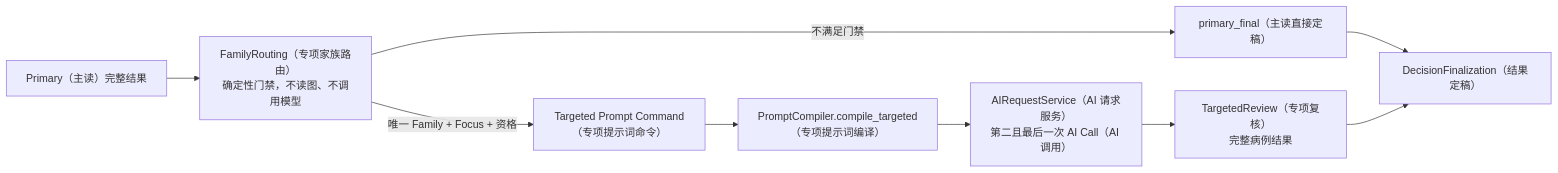
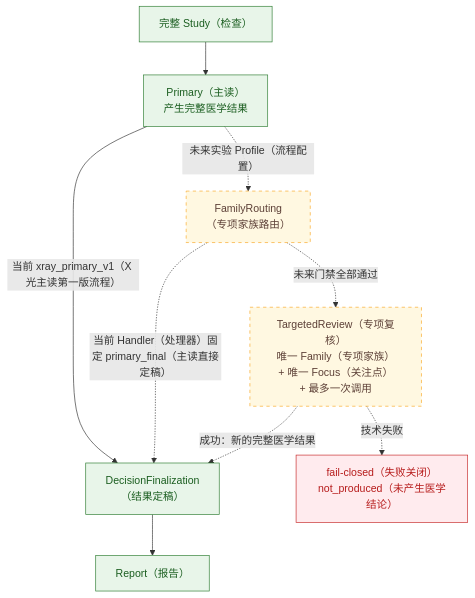
One commit to zhichengmo/ms-image changed the fifth of 6 diagrams in docs/refactor/14-xray-specialty-design.md. Above: the diagram before and after it, drawn with Mermaid. The commit also changed other lines of this file and 15 other files, not shown here.

Commit message:
docs(xray): finalize runtime and medical optimization roadmap

````diff
--- a/docs/refactor/14-xray-specialty-design.md
+++ b/docs/refactor/14-xray-specialty-design.md
@@ -822,15 +415,24 @@
 ```mermaid
-flowchart LR
-    PRI["Primary（主读）完整结果"]
-    ROUTE["FamilyRouting（专项家族路由）<br/>确定性门禁，不读图、不调用模型"]
-    PF["primary_final（主读直接定稿）"]
-    TC["Targeted Prompt Command（专项提示词命令）"]
-    CC["PromptCompiler.compile_targeted（专项提示词编译）"]
-    CALL["AIRequestService（AI 请求服务）<br/>第二且最后一次 AI Call（AI 调用）"]
-    TR["TargetedReview（专项复核）<br/>完整病例结果"]
-    FIN["DecisionFinalization（结果定稿）"]
+flowchart TD
+    study["完整 Study（检查）"]
+    primary["Primary（主读）<br/>产生完整医学结果"]
+    finalization["DecisionFinalization<br/>（结果定稿）"]
+    report["Report（报告）"]
+    routing["FamilyRouting<br/>（专项家族路由）"]
+    targeted["TargetedReview（专项复核）<br/>唯一 Family（专项家族）<br/>+ 唯一 Focus（关注点）<br/>+ 最多一次调用"]
+    failed["fail-closed（失败关闭）<br/>not_produced（未产生医学结论）"]
 
-    PRI --> ROUTE
-    ROUTE -->|"不满足门禁"| PF --> FIN
-    ROUTE -->|"唯一 Family + Focus + 资格"| TC --> CC --> CALL --> TR --> FIN
+    study --> primary -->|当前 xray_primary_v1（X 光主读第一版流程）| finalization --> report
+    primary -. "未来实验 Profile（流程配置）" .-> routing
+    routing -. "当前 Handler（处理器）固定 primary_final（主读直接定稿）" .-> finalization
+    routing -. "未来门禁全部通过" .-> targeted
+    targeted -. "成功：新的完整医学结果" .-> finalization
+    targeted -. "技术失败" .-> failed
+
+    classDef currentState fill:#e8f5e9,stroke:#2e7d32,color:#1b5e20;
+    classDef futureState fill:#fff8e1,stroke:#f9a825,color:#5d4037,stroke-dasharray:5 5;
+    classDef stopState fill:#ffebee,stroke:#c62828,color:#b71c1c;
+    class study,primary,finalization,report currentState;
+    class routing,targeted futureState;
+    class failed stopState;
 ```
````
